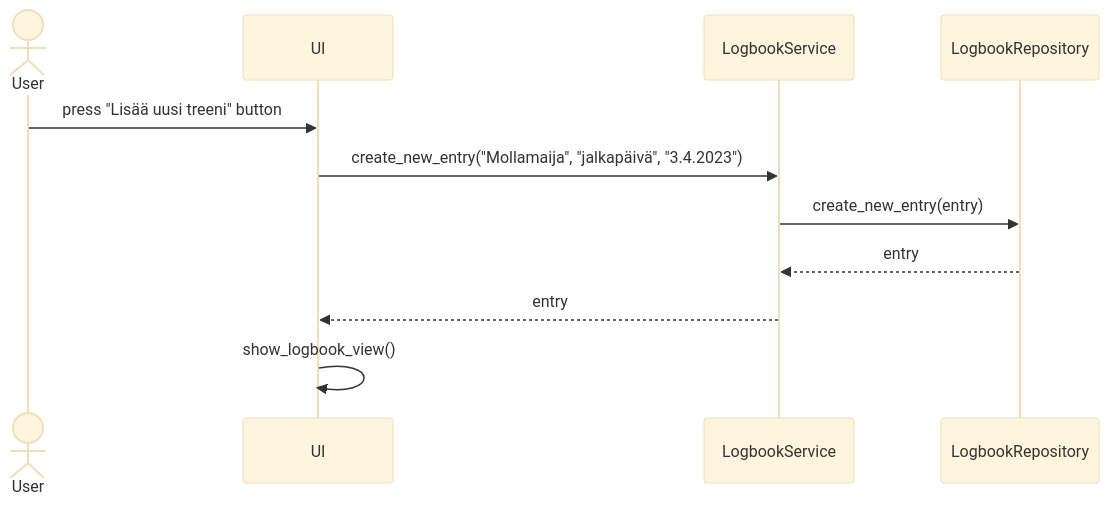
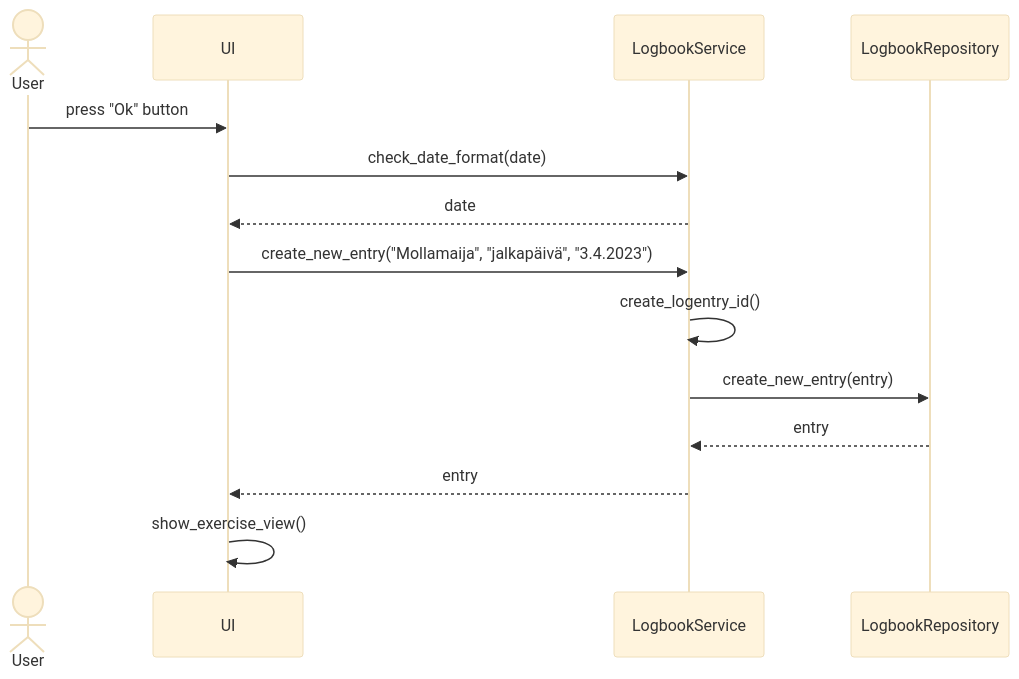
The fifth of 6 diagrams in dokumentaatio/arkkitehtuuri.md (brotholi/ot-harjoitustyo), drawn with Mermaid (base theme) before and after one commit. The commit also changed other lines of this file, not shown here.

````diff
--- a/dokumentaatio/arkkitehtuuri.md
+++ b/dokumentaatio/arkkitehtuuri.md
@@ -89,13 +92,16 @@
 ```mermaid
 sequenceDiagram
   actor User
   participant UI
   participant LogbookService
   participant LogbookRepository
-  User->>UI: press "Lisää uusi treeni" button
+  User->>UI: press "Ok" button
+  UI->>LogbookService: check_date_format(date)
+  LogbookService-->>UI: date
   UI->>LogbookService: create_new_entry("Mollamaija", "jalkapäivä", "3.4.2023")
+  LogbookService->>LogbookService: create_logentry_id()
   LogbookService->>LogbookRepository: create_new_entry(entry)
   LogbookRepository-->>LogbookService: entry
   LogbookService-->>UI: entry
-  UI->>UI: show_logbook_view()
+  UI->>UI: show_exercise_view()
  ```
````
